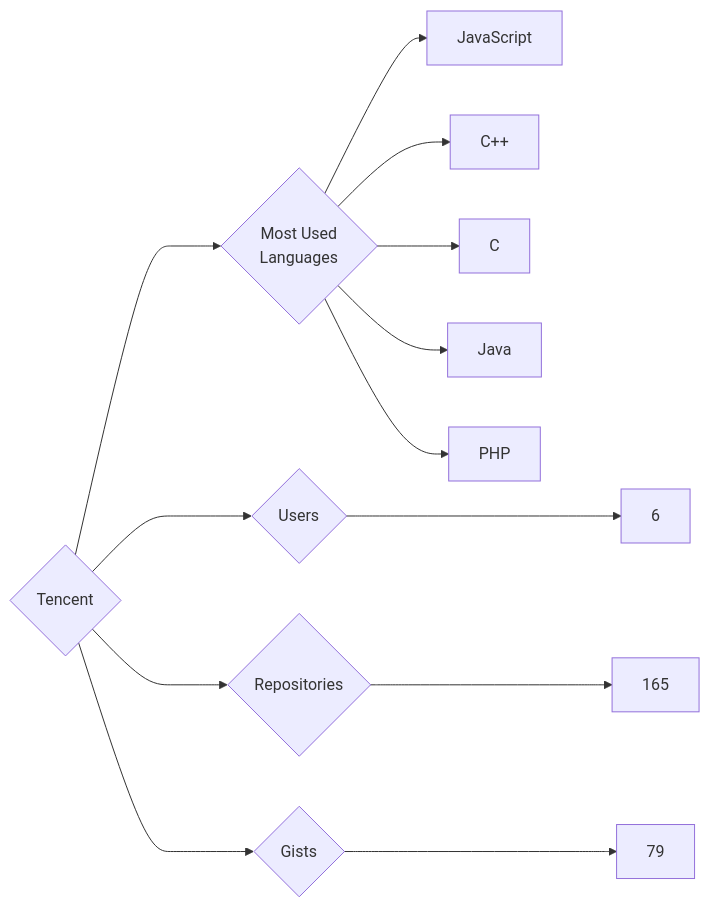
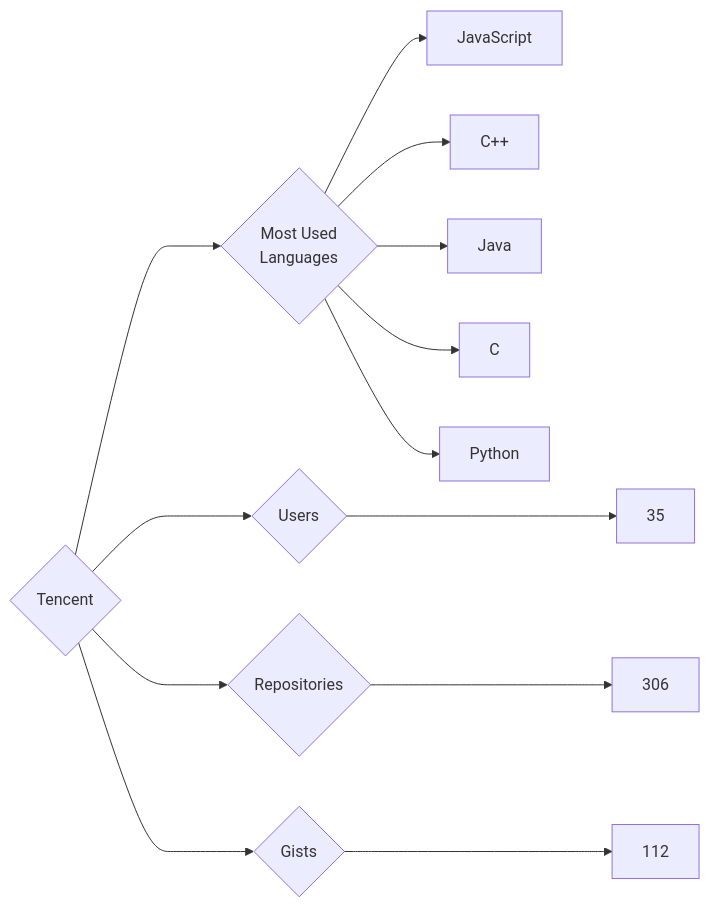
Before and after one commit to trickest/insiders: the diagram in targets/Tencent/README.md, drawn with Mermaid. The commit also changed 965 other files, not shown here.

````diff
--- a/targets/Tencent/README.md
+++ b/targets/Tencent/README.md
@@ -3,13 +3,13 @@
 ```mermaid
 graph LR
 COMPANY_NAME{Tencent}
-COMPANY_NAME ---> U{Users} ---> UN[6]
-COMPANY_NAME ---> R{Repositories} ---> RN[165]
-COMPANY_NAME ---> G{Gists} ---> GN[79]
+COMPANY_NAME ---> U{Users} ---> UN[35]
+COMPANY_NAME ---> R{Repositories} ---> RN[306]
+COMPANY_NAME ---> G{Gists} ---> GN[112]
 COMPANY_NAME ---> ML{Most Used<br>Languages}
 ML --> JavaScript[JavaScript]
 ML --> C++[C++]
+ML --> Java[Java]
 ML --> C[C]
-ML --> Java[Java]
-ML --> PHP[PHP]
+ML --> Python[Python]
 ```
````
